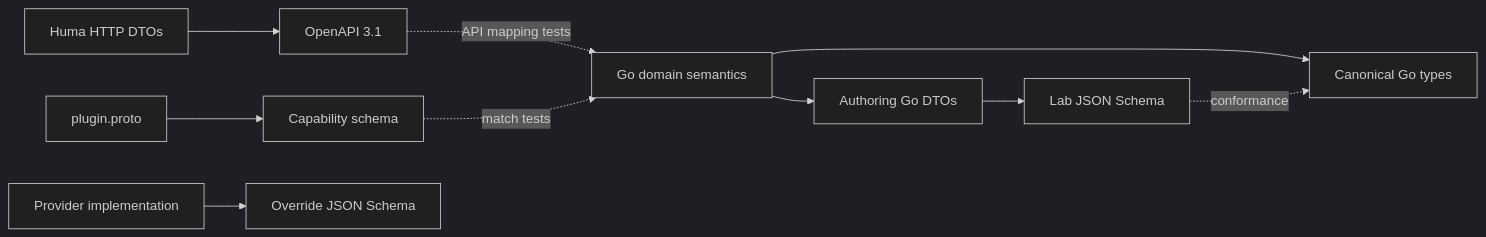
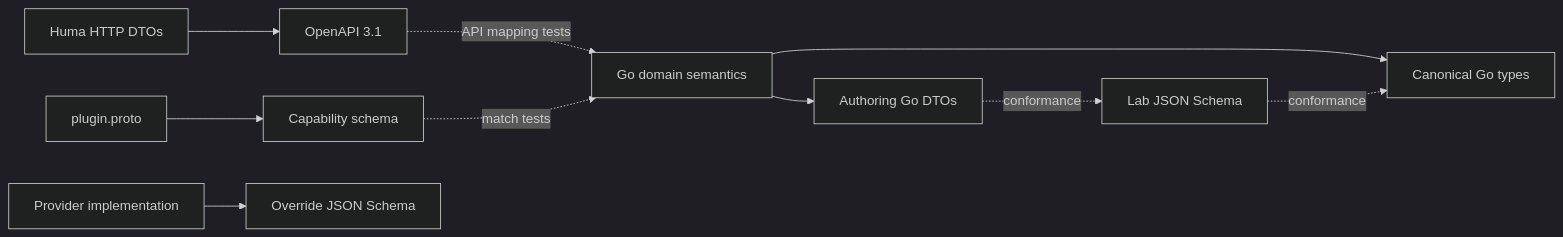
Before and after one commit to OutboundSpade/LabCentral: the diagram in docs/design/template-rendering.md, drawn with Mermaid (dark theme). The commit also changed other lines of this file and 125 other files, not shown here.

````diff
--- a/docs/design/template-rendering.md
+++ b/docs/design/template-rendering.md
@@ -20,12 +28,12 @@
 ```mermaid
 flowchart LR
   G[Go domain semantics] --> A[Authoring Go DTOs]
-  A --> J[Lab JSON Schema]
+  A -. conformance .-> J[Lab JSON Schema]
   G --> C[Canonical Go types]
   H[Huma HTTP DTOs] --> O[OpenAPI 3.1]
   P[plugin.proto] --> PC[Capability schema]
   PP[Provider implementation] --> OS[Override JSON Schema]
   J -. conformance .-> C
   O -. API mapping tests .-> G
   PC -. match tests .-> G
 ```
````
